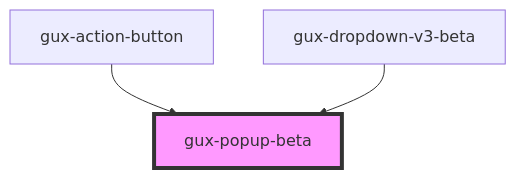
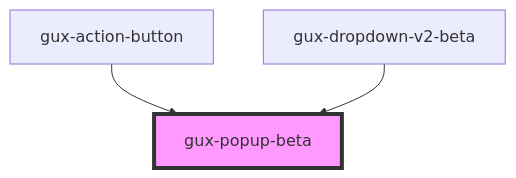
Before and after one commit to MyPureCloud/genesys-spark: the diagram in src/components/beta/gux-popup/readme.md, drawn with Mermaid. The commit also changed other lines of this file and 49 other files, not shown here.

````diff
--- a/src/components/beta/gux-popup/readme.md
+++ b/src/components/beta/gux-popup/readme.md
@@ -31,6 +31,6 @@
 ```mermaid
 graph TD;
   gux-action-button --> gux-popup-beta
-  gux-dropdown-v3-beta --> gux-popup-beta
+  gux-dropdown-v2-beta --> gux-popup-beta
   style gux-popup-beta fill:#f9f,stroke:#333,stroke-width:4px
 ```
````
